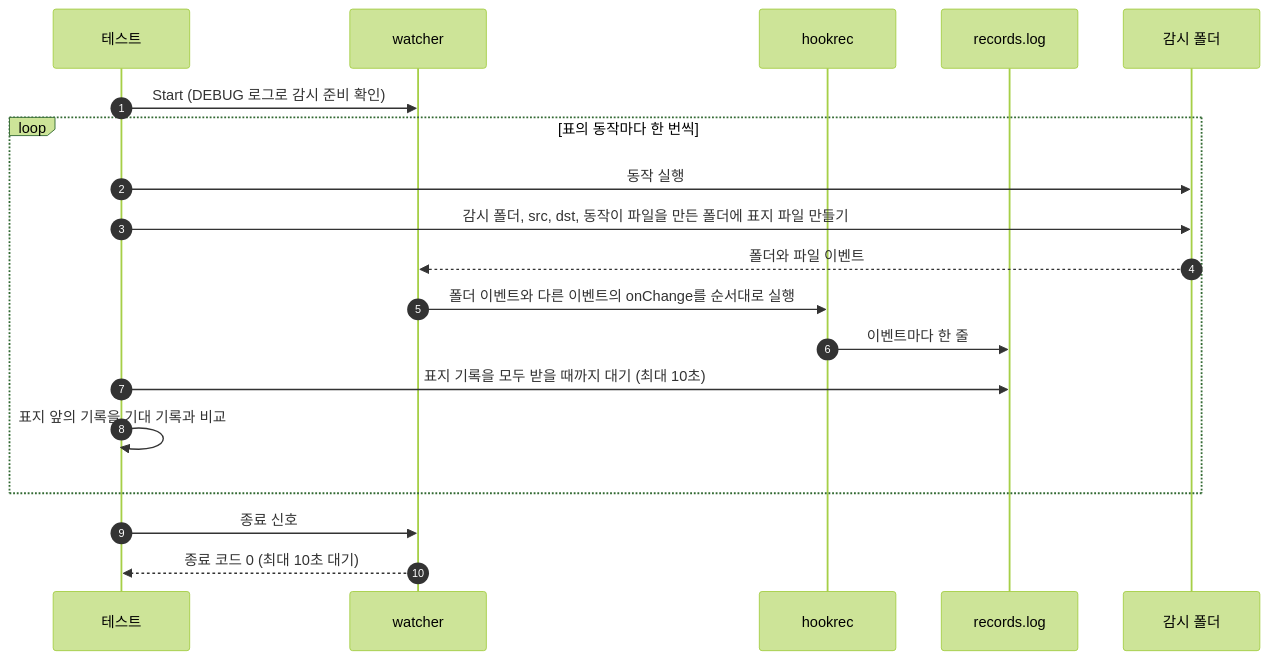
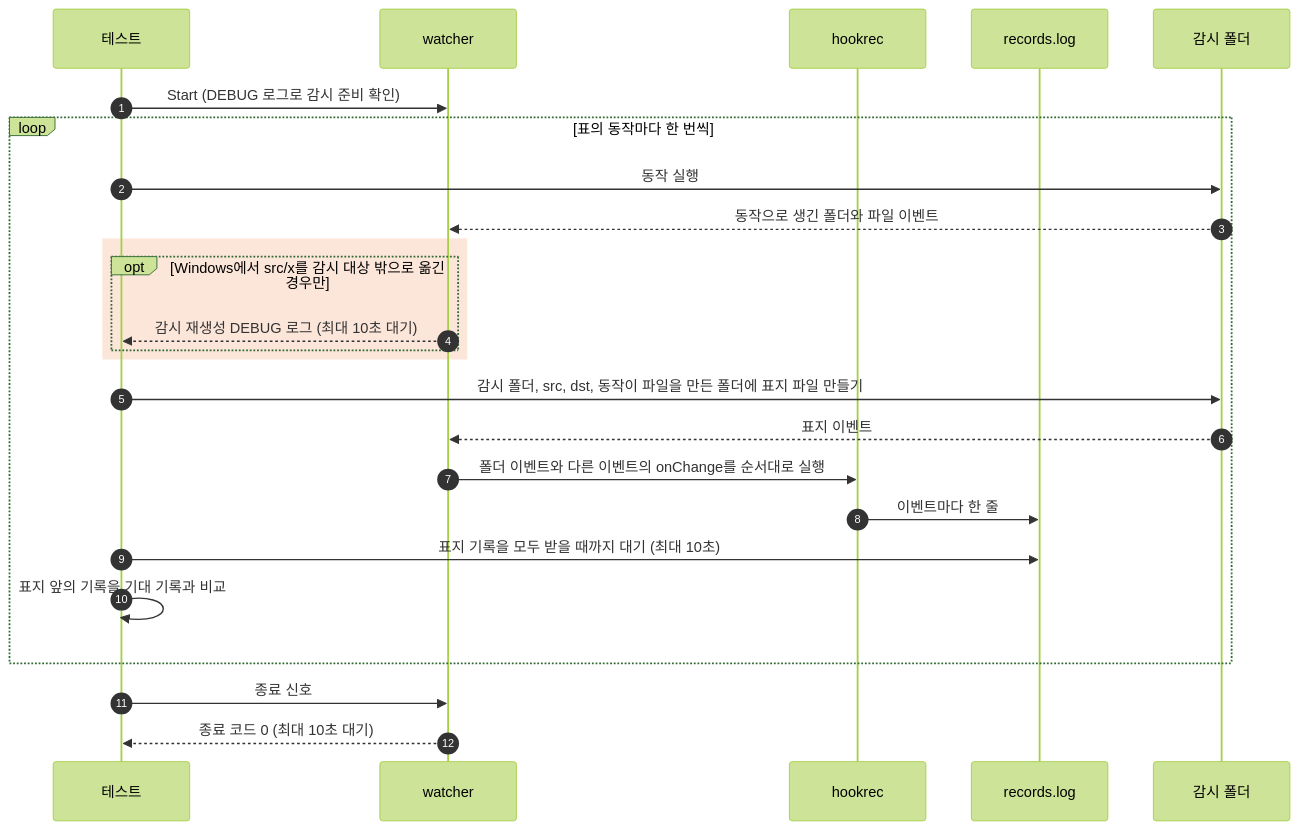
Before and after one commit to seungyeop-lee/directory-watcher: the diagram in e2e/docs/scenarios/folder-events.ko.md, drawn with Mermaid (forest theme). The commit also changed other lines of this file and 2 other files, not shown here.

Commit message:
test: Windows 폴더 이벤트 중복 허용을 외부 이동 경계로 제한

````diff
--- a/e2e/docs/scenarios/folder-events.ko.md
+++ b/e2e/docs/scenarios/folder-events.ko.md
@@ -48,21 +50,27 @@
 ```mermaid
 sequenceDiagram
     autonumber
     participant testCode as 테스트
     participant watcherProc as watcher
     participant hookRec as hookrec
     participant recordFile as records.log
     participant watchDir as 감시 폴더
     testCode->>watcherProc: Start (DEBUG 로그로 감시 준비 확인)
     loop 표의 동작마다 한 번씩
         testCode->>watchDir: 동작 실행
+        watchDir-->>watcherProc: 동작으로 생긴 폴더와 파일 이벤트
+        rect rgba(234, 88, 12, 0.15)
+            opt Windows에서 src/x를 감시 대상 밖으로 옮긴 경우만
+                watcherProc-->>testCode: 감시 재생성 DEBUG 로그 (최대 10초 대기)
+            end
+        end
         testCode->>watchDir: 감시 폴더, src, dst, 동작이 파일을 만든 폴더에 표지 파일 만들기
-        watchDir-->>watcherProc: 폴더와 파일 이벤트
+        watchDir-->>watcherProc: 표지 이벤트
         watcherProc->>hookRec: 폴더 이벤트와 다른 이벤트의 onChange를 순서대로 실행
         hookRec->>recordFile: 이벤트마다 한 줄
         testCode->>recordFile: 표지 기록을 모두 받을 때까지 대기 (최대 10초)
         testCode->>testCode: 표지 앞의 기록을 기대 기록과 비교
     end
     testCode->>watcherProc: 종료 신호
     watcherProc-->>testCode: 종료 코드 0 (최대 10초 대기)
 ```
````
